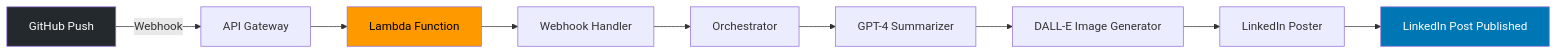
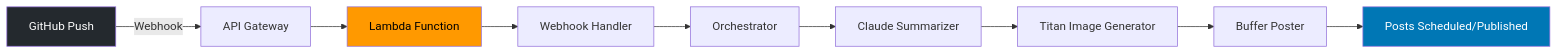
The first of 5 diagrams in README.md (michaellady/roxas), drawn with Mermaid before and after one commit. The commit also changed other lines of this file and 6 other files, not shown here.

````diff
--- a/README.md
+++ b/README.md
@@ -20,15 +20,15 @@
 ```mermaid
 flowchart LR
     A[GitHub Push] -->|Webhook| B[API Gateway]
     B --> C[Lambda Function]
     C --> D[Webhook Handler]
     D --> E[Orchestrator]
-    E --> F[GPT-4 Summarizer]
-    F --> G[DALL-E Image Generator]
-    G --> H[LinkedIn Poster]
-    H --> I[LinkedIn Post Published]
+    E --> F[Claude Summarizer]
+    F --> G[Titan Image Generator]
+    G --> H[Buffer Poster]
+    H --> I[Posts Scheduled/Published]
 
     style A fill:#24292e,color:#fff
     style I fill:#0077b5,color:#fff
     style C fill:#ff9900,color:#000
 ```
````
